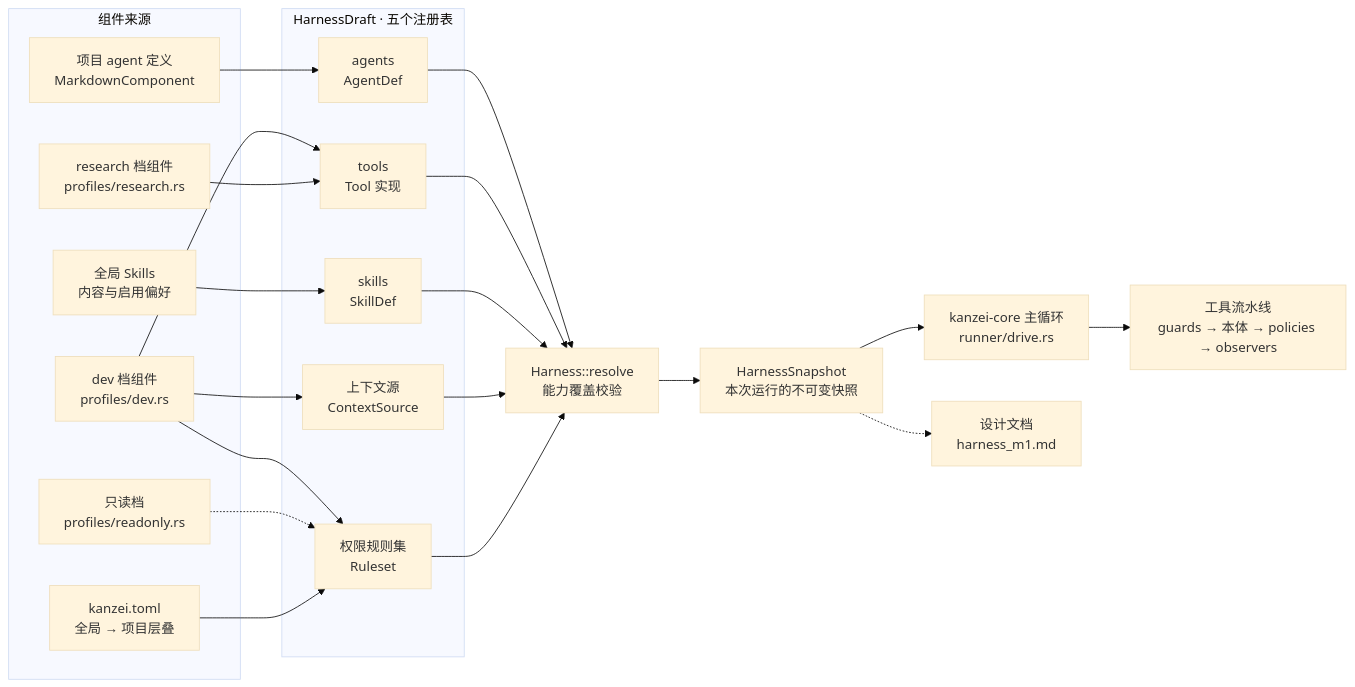
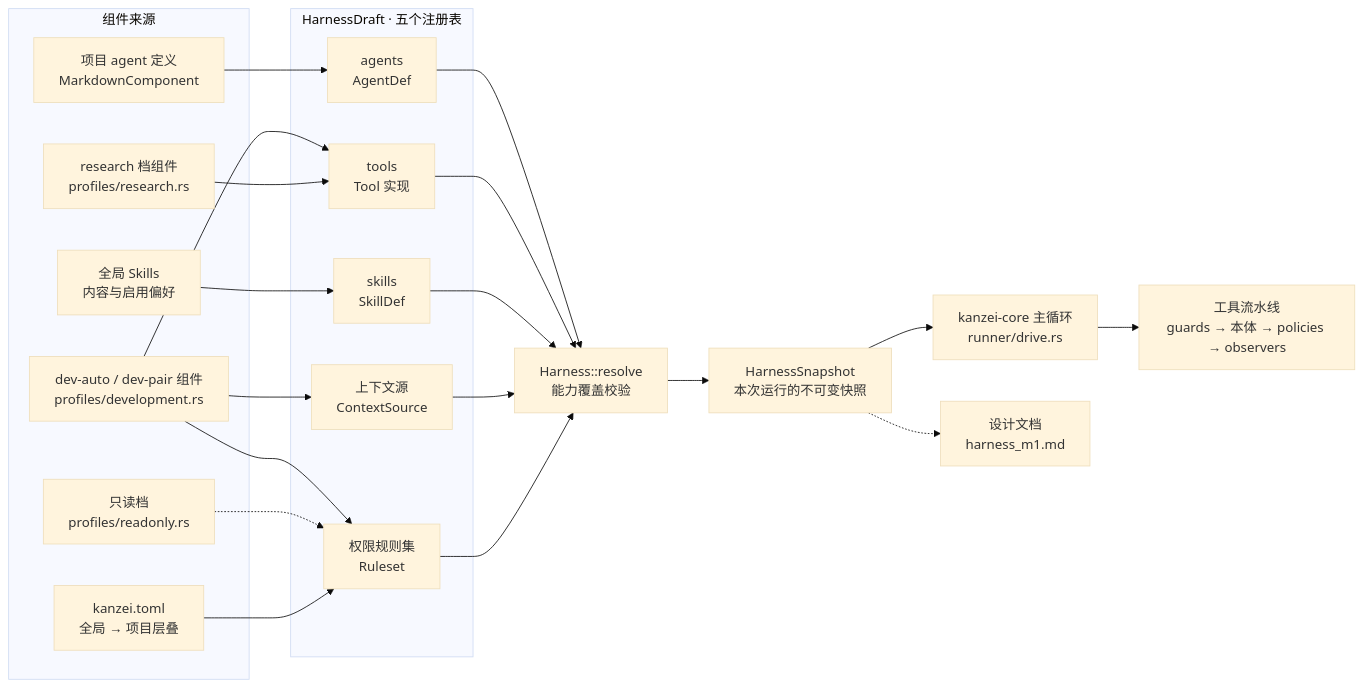
Before and after one commit to kanze1/kanzei-code: the diagram in docs/architecture/02_harness_registries.md, drawn with Mermaid (base theme).

Commit message:
修正开发档重命名后的 Harness 架构图入口

````diff
--- a/docs/architecture/02_harness_registries.md
+++ b/docs/architecture/02_harness_registries.md
@@ -5,58 +5,58 @@
 ```mermaid
 flowchart LR
   subgraph source_grp["组件来源"]
-    dev_profile["dev 档组件<br/>profiles/dev.rs"]:::entry
+    development_profile["dev-auto / dev-pair 组件<br/>profiles/development.rs"]:::entry
     research_profile["research 档组件<br/>profiles/research.rs"]:::entry
     readonly_profile["只读档<br/>profiles/readonly.rs"]:::muted
     config["kanzei.toml<br/>全局 → 项目层叠"]
     defs["项目 agent 定义<br/>MarkdownComponent"]
     global_skills["全局 Skills<br/>内容与启用偏好"]
   end
   subgraph draft_grp["HarnessDraft · 五个注册表"]
     agents["agents<br/>AgentDef"]
     tools_reg["tools<br/>Tool 实现"]
     skills["skills<br/>SkillDef"]
     context["上下文源<br/>ContextSource"]
     rules["权限规则集<br/>Ruleset"]
   end
   resolve["Harness::resolve<br/>能力覆盖校验"]:::focus
   snapshot["HarnessSnapshot<br/>本次运行的不可变快照"]
   runner["kanzei-core 主循环<br/>runner/drive.rs"]
   pipeline["工具流水线<br/>guards → 本体 → policies → observers"]
   design_doc["设计文档<br/>harness_m1.md"]:::ext
 
-  dev_profile --> tools_reg
-  dev_profile --> context
-  dev_profile --> rules
+  development_profile --> tools_reg
+  development_profile --> context
+  development_profile --> rules
   research_profile --> tools_reg
   readonly_profile -.-> rules
   config --> rules
   defs --> agents
   global_skills --> skills
   agents --> resolve
   tools_reg --> resolve
   skills --> resolve
   context --> resolve
   rules --> resolve
   resolve --> snapshot
   snapshot --> runner
   runner --> pipeline
   snapshot -.-> design_doc
 
-  click dev_profile "crates/kanzei-tools/src/profiles/dev.rs" "dev 档:注册工具、上下文源与权限规则"
+  click development_profile "crates/kanzei-tools/src/profiles/development.rs" "开发组件:注册 dev-auto / dev-pair 的工具、上下文源与权限规则"
   click research_profile "crates/kanzei-tools/src/profiles/research.rs" "research 档组件"
   click readonly_profile "crates/kanzei-tools/src/profiles/readonly.rs" "只读档:收紧写权限"
   click config "crates/kanzei-harness/src/config.rs" "kanzei.toml:全局 ~/.kanzei 再叠项目 .kanzei"
   click defs "crates/kanzei-harness/src/markdown.rs" "项目 agent 与 Markdown 定义装配"
   click global_skills "crates/kanzei-harness/src/skills.rs" "global_catalog 与 enabled_catalog；项目切换不复制偏好"
   click agents "crates/kanzei-harness/src/harness.rs" "HarnessDraft 的五个注册表"
   click tools_reg "crates/kanzei-harness/src/tool.rs" "Tool trait"
   click skills "crates/kanzei-harness/src/defs.rs" "SkillDef"
   click context "crates/kanzei-harness/src/context.rs" "ContextSource:每轮渲染的上下文片段"
   click rules "crates/kanzei-harness/src/permission.rs" "Ruleset:允许 / 询问 / 拒绝"
   click resolve "crates/kanzei-harness/src/harness.rs" "组件按序贡献,装配末尾校验专用工具都已注册"
   click snapshot "crates/kanzei-harness/src/harness.rs" "HarnessSnapshot"
   click runner "crates/kanzei-core/src/runner/drive.rs" "run_once_with_parts"
   click pipeline "crates/kanzei-harness/src/tool_pipeline.rs" "run_tool_pipeline:唯一流水线"
   click design_doc "docs/design/harness_m1.md" "Harness 设计文档"
 ```
````
